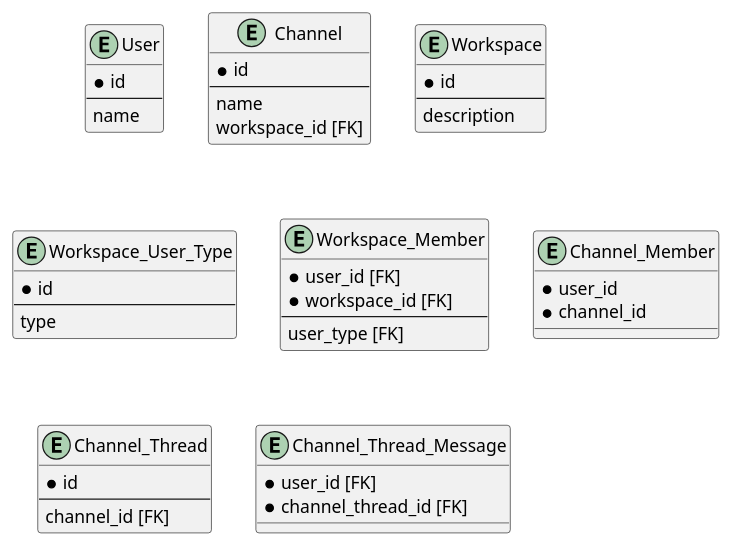
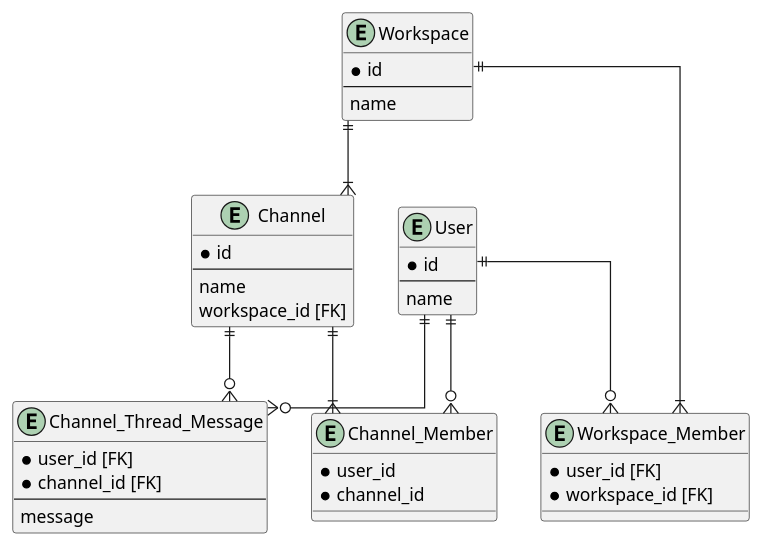
One commit to shimopino/praha-challenges changed the diagram in database/30_modeling2/assets/chat.pu. Above: the diagram before and after it, drawn with PlantUML.

Commit message:
docs: メッセージ以外のリソースを追加 #104

```diff
--- a/database/30_modeling2/assets/chat.pu
+++ b/database/30_modeling2/assets/chat.pu
@@ -1,53 +1,49 @@
 @startuml chat
 
 skinparam linetype ortho
 
 entity User {
+    * id
+    ---
+    name
+}
+
+entity Workspace {
     * id
     ---
     name
 }
 
 entity Channel {
     * id
     ---
     name
     workspace_id [FK]
 }
 
-entity Workspace {
-    * id
-    ---
-    description
-}
-
-entity Workspace_User_Type {
-    * id
-    --
-    type
-}
-
 entity Workspace_Member {
     * user_id [FK]
     * workspace_id [FK]
-    --
-    user_type [FK]
 }
 
 entity Channel_Member {
     * user_id
     * channel_id
 }
 
-entity Channel_Thread {
-    * id
+entity Channel_Thread_Message {
+    * user_id [FK]
+    * channel_id [FK]
     --
-    channel_id [FK]
+    message
 }
 
-entity Channel_Thread_Message {
-    * user_id [FK]
-    * channel_thread_id [FK]
-}
+Workspace ||--|{ Channel
+User ||--o{ Workspace_Member
+Workspace ||--|{ Workspace_Member
+User ||--o{ Channel_Member
+Channel ||--|{ Channel_Member
+User ||--o{ Channel_Thread_Message
+Channel ||--o{ Channel_Thread_Message
 
 @enduml
```
